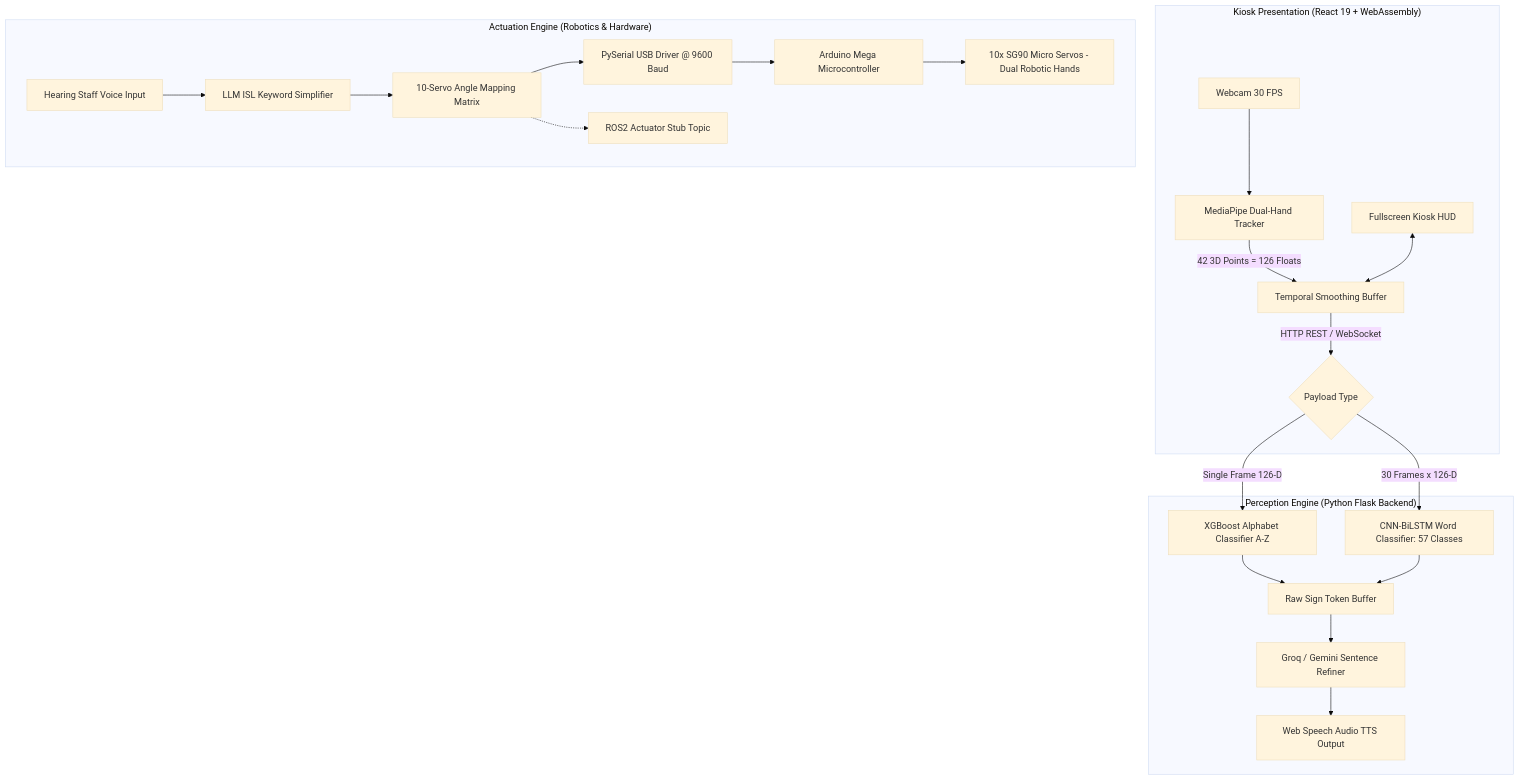
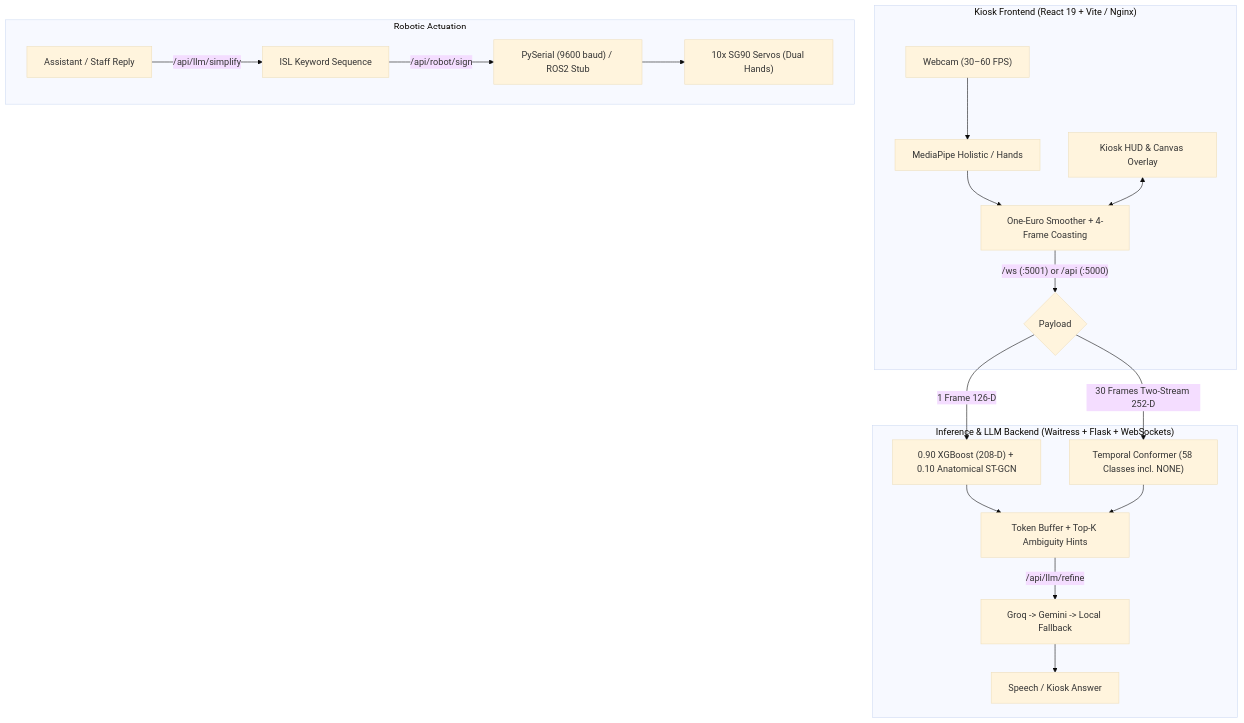
Before and after one commit to Chintannn-c/Sign-Bridge-: the diagram in README.md, drawn with Mermaid (base theme). The commit also changed other lines of this file and 27 other files, not shown here.

````diff
--- a/README.md
+++ b/README.md
@@ -121,28 +82,24 @@
 ```mermaid
 flowchart TD
-    subgraph Kiosk_Frontend["Kiosk Presentation (React 19 + WebAssembly)"]
-        Camera[Webcam 30 FPS] --> MP[MediaPipe Dual-Hand Tracker]
-        MP -->|42 3D Points = 126 Floats| FE_Buffer[Temporal Smoothing Buffer]
-        FE_Buffer -->|HTTP REST / WebSocket| Backend
-        HUD[Fullscreen Kiosk HUD] <--> FE_Buffer
+    subgraph Frontend["Kiosk Frontend (React 19 + Vite / Nginx)"]
+        Cam["Webcam (30–60 FPS)"] --> MP["MediaPipe Holistic / Hands"]
+        MP --> Filter["One-Euro Smoother + 4-Frame Coasting"]
+        Filter -->|"/ws (:5001) or /api (:5000)"| Router
+        HUD["Kiosk HUD & Canvas Overlay"] <--> Filter
     end
 
-    subgraph Perception_Engine["Perception Engine (Python Flask Backend)"]
-        Backend{Payload Type}
-        Backend -->|Single Frame 126-D| XGB[XGBoost Alphabet Classifier A-Z]
-        Backend -->|30 Frames x 126-D| CNN_LSTM[CNN-BiLSTM Word Classifier: 57 Classes]
-        XGB --> Raw_Gloss[Raw Sign Token Buffer]
-        CNN_LSTM --> Raw_Gloss
-        Raw_Gloss --> LLM_Refine[Groq / Gemini Sentence Refiner]
-        LLM_Refine --> TTS[Web Speech Audio TTS Output]
+    subgraph Backend["Inference & LLM Backend (Waitress + Flask + WebSockets)"]
+        Router{"Payload"} -->|1 Frame 126-D| Hybrid["0.90 XGBoost (208-D) + 0.10 Anatomical ST-GCN"]
+        Router -->|30 Frames Two-Stream 252-D| Conformer["Temporal Conformer (58 Classes incl. NONE)"]
+        Hybrid --> Lattice["Token Buffer + Top-K Ambiguity Hints"]
+        Conformer --> Lattice
+        Lattice -->|/api/llm/refine| LLM["Groq -> Gemini -> Local Fallback"]
+        LLM --> TTS["Speech / Kiosk Answer"]
     end
 
-    subgraph Actuation_Engine["Actuation Engine (Robotics & Hardware)"]
-        Speech_In[Hearing Staff Voice Input] --> LLM_Simplify[LLM ISL Keyword Simplifier]
-        LLM_Simplify --> Motor_Map[10-Servo Angle Mapping Matrix]
-        Motor_Map --> Serial[PySerial USB Driver @ 9600 Baud]
-        Motor_Map -.-> ROS2[ROS2 Actuator Stub Topic]
-        Serial --> Arduino[Arduino Mega Microcontroller]
-        Arduino --> Servos[10x SG90 Micro Servos - Dual Robotic Hands]
+    subgraph Actuation["Robotic Actuation"]
+        Reply["Assistant / Staff Reply"] -->|/api/llm/simplify| Gloss["ISL Keyword Sequence"]
+        Gloss -->|/api/robot/sign| Serial["PySerial (9600 baud) / ROS2 Stub"]
+        Serial --> Servos["10x SG90 Servos (Dual Hands)"]
     end
 ```
````
